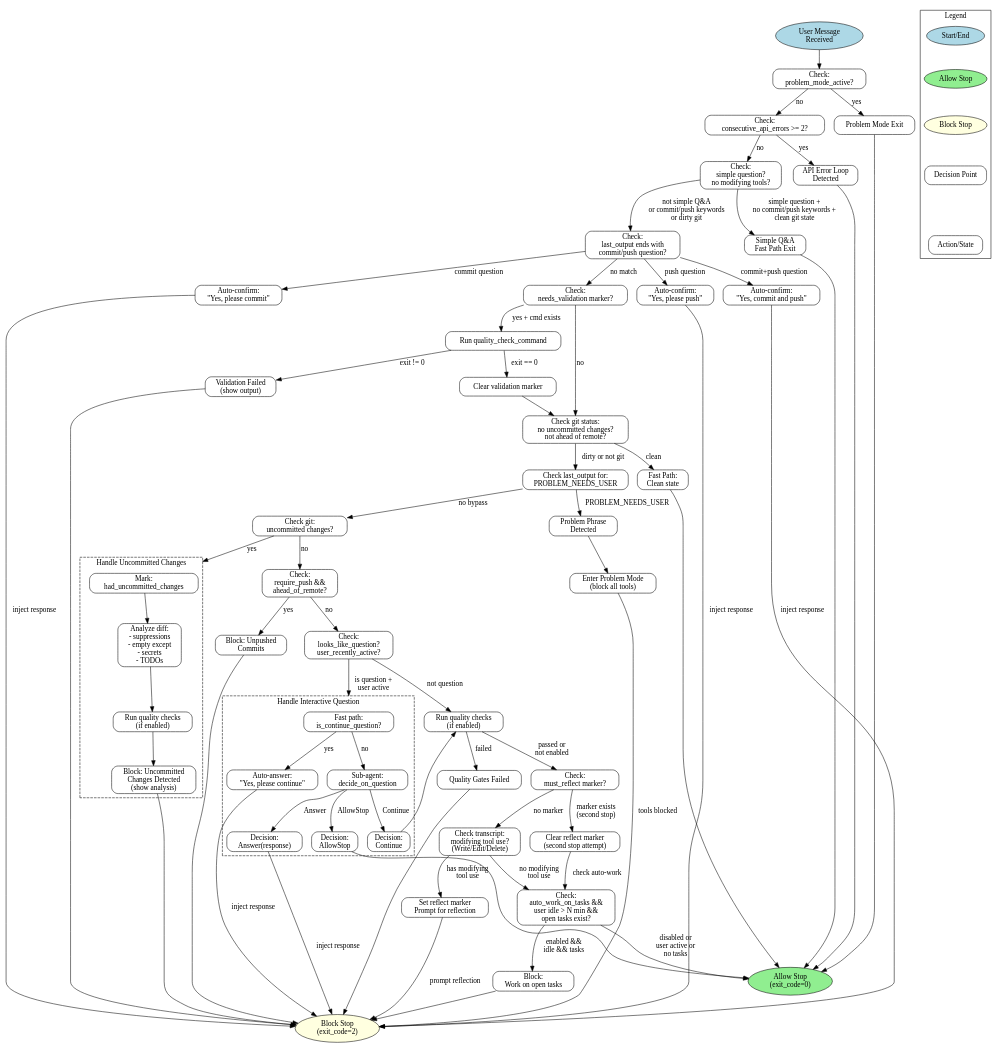
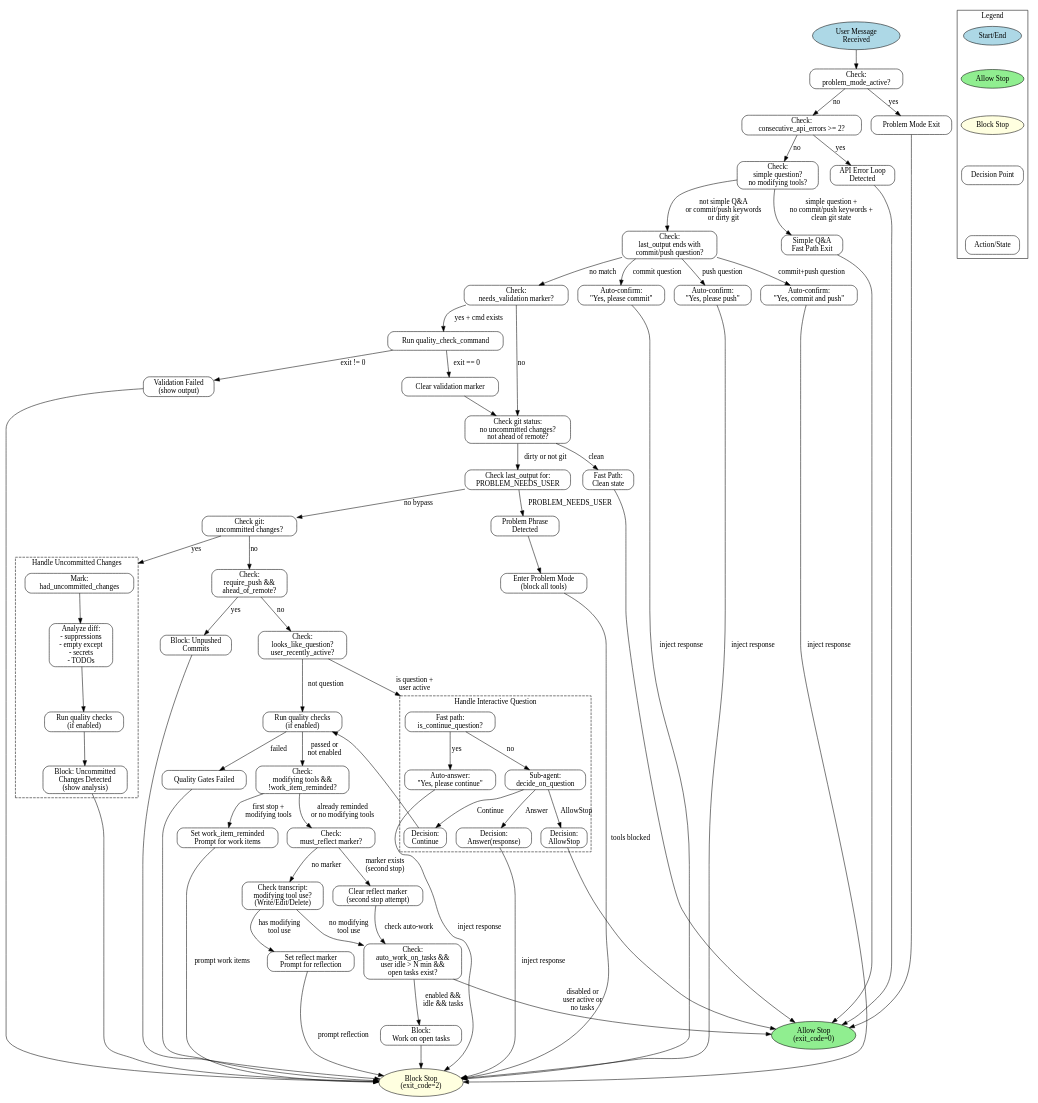
The diagram in docs/stop-hook-states.dot (DRMacIver/claude-reliability), drawn with Graphviz before and after one commit. The commit also changed 5 other files, not shown here.

First line of the commit message:
Add work item reminder to stop hook

```diff
--- a/docs/stop-hook-states.dot
+++ b/docs/stop-hook-states.dot
@@ -84,6 +84,10 @@
     QualityCheck [label="Run quality checks\n(if enabled)"];
     QualityFailed [label="Quality Gates Failed"];
 
+    // 10b. Work Item Reminder Check
+    CheckWorkItemReminder [label="Check:\nmodifying tools &&\n!work_item_reminded?"];
+    SetWorkItemReminded [label="Set work_item_reminded\nPrompt for work items"];
+
     // 11. Simple Reflection Check (marker-based)
     CheckReflectMarker [label="Check:\nmust_reflect marker?"];
     ClearReflectMarker [label="Clear reflect marker\n(second stop attempt)"];
@@ -157,6 +161,13 @@
     CheckUnpushed -> CheckQuestion [label="no"];
     UnpushedBlock -> BlockStop;
 
+    // 10b. Work Item Reminder (between uncommitted changes and reflection)
+    // Inserted after uncommitted changes pass, before reflection checks
+    // In the main flow: after git checks pass → CheckWorkItemReminder
+    CheckWorkItemReminder -> SetWorkItemReminded [label="first stop +\nmodifying tools"];
+    CheckWorkItemReminder -> CheckReflectMarker [label="already reminded\nor no modifying tools"];
+    SetWorkItemReminded -> BlockStop [label="prompt work items"];
+
     // 9. Interactive Question
     CheckQuestion -> CheckContinueQ [label="is question +\nuser active", lhead=cluster_question];
     CheckQuestion -> QualityCheck [label="not question"];
@@ -173,7 +184,7 @@
 
     // 10. Quality Check
     QualityCheck -> QualityFailed [label="failed"];
-    QualityCheck -> CheckReflectMarker [label="passed or\nnot enabled"];
+    QualityCheck -> CheckWorkItemReminder [label="passed or\nnot enabled"];
     QualityFailed -> BlockStop;
 
     // 11. Simple Reflection (marker-based)
```
